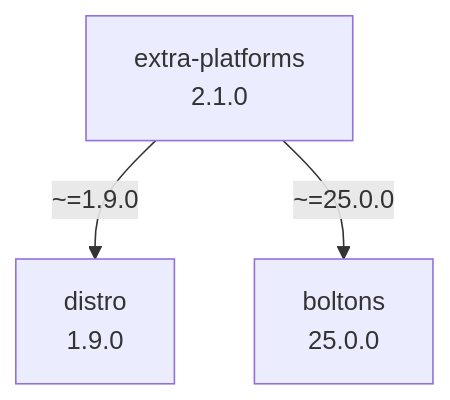
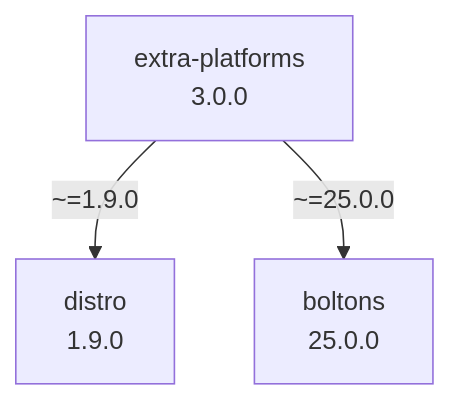
The diagram in docs/assets/dependencies.mmd (kdeldycke/extra-platforms), drawn with Mermaid before and after one commit.

Commit message:
[autofix] Regenerate dependency graph

```diff
--- a/docs/assets/dependencies.mmd
+++ b/docs/assets/dependencies.mmd
@@ -1,7 +1,7 @@
 flowchart TD
     classDef missing stroke-dasharray: 5
     boltons["boltons\n25.0.0"]
     distro["distro\n1.9.0"]
-    extra-platforms["extra-platforms\n2.1.0"]
+    extra-platforms["extra-platforms\n3.0.0"]
     extra-platforms -- "~=1.9.0" --> distro
     extra-platforms -- "~=25.0.0" --> boltons
```
